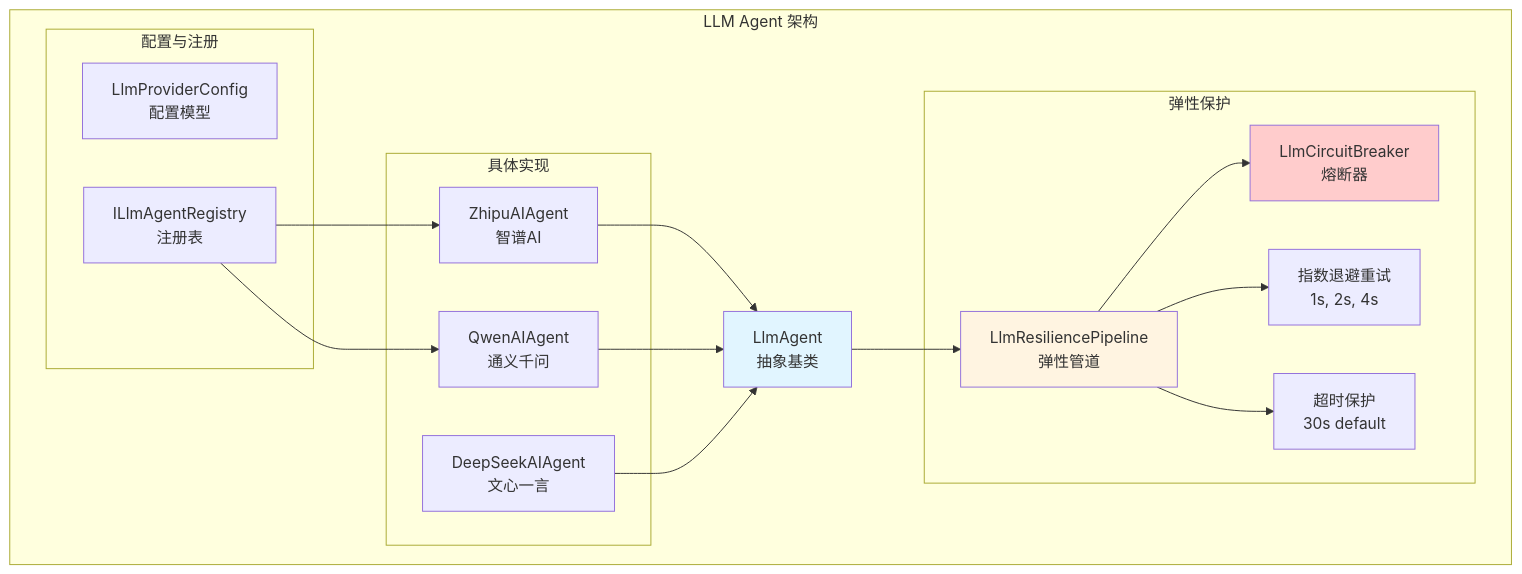
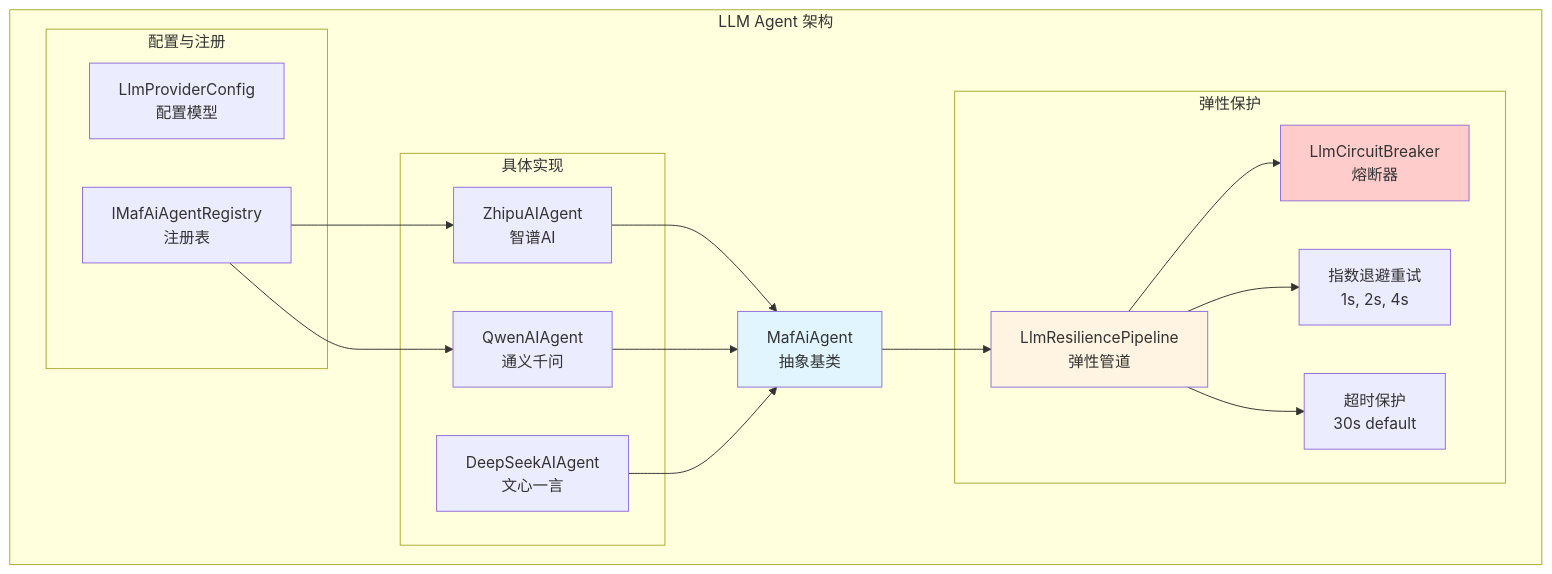
Before and after one commit to chenqilscy/multi-agent-task: the fourth of 5 diagrams in docs/specs/01-architecture-overview.md, drawn with Mermaid. The commit also changed other lines of this file and 58 other files, not shown here.

````diff
--- a/docs/specs/01-architecture-overview.md
+++ b/docs/specs/01-architecture-overview.md
@@ -220,40 +220,40 @@
 ```mermaid
 graph TB
     subgraph "LLM Agent 架构"
-        LlmBase[LlmAgent<br/>抽象基类]
+        LlmBase[MafAiAgent<br/>抽象基类]
 
         subgraph "具体实现"
             Zhipu[ZhipuAIAgent<br/>智谱AI]
             Qwen[QwenAIAgent<br/>通义千问]
             Future[DeepSeekAIAgent<br/>文心一言]
         end
 
         subgraph "弹性保护"
             Resilience[LlmResiliencePipeline<br/>弹性管道]
             CB[LlmCircuitBreaker<br/>熔断器]
             Retry[指数退避重试<br/>1s, 2s, 4s]
             Timeout[超时保护<br/>30s default]
         end
 
         subgraph "配置与注册"
             Config[LlmProviderConfig<br/>配置模型]
-            Registry[ILlmAgentRegistry<br/>注册表]
+            Registry[IMafAiAgentRegistry<br/>注册表]
         end
     end
 
     Zhipu --> LlmBase
     Qwen --> LlmBase
     Future --> LlmBase
 
     LlmBase --> Resilience
     Resilience --> CB
     Resilience --> Retry
     Resilience --> Timeout
 
     Registry --> Zhipu
     Registry --> Qwen
 
     style LlmBase fill:#e1f5ff
     style Resilience fill:#fff4e1
     style CB fill:#ffcccc
 ```
````
